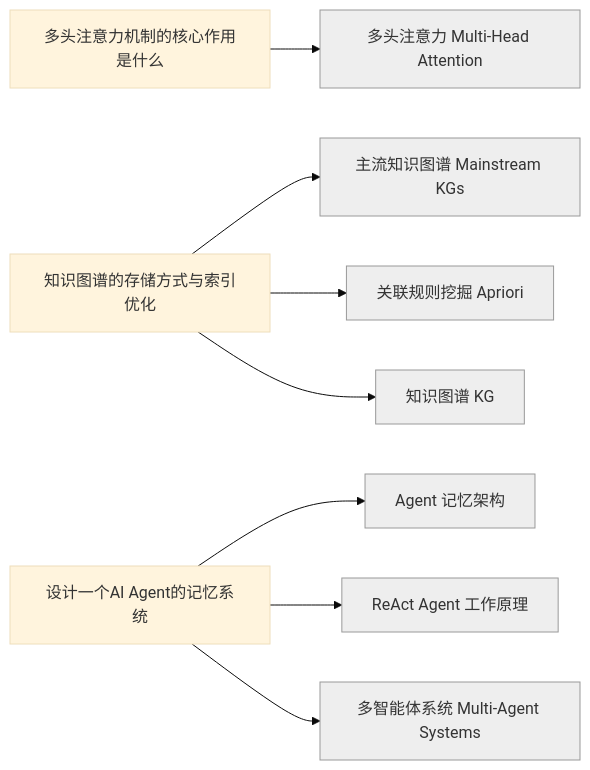
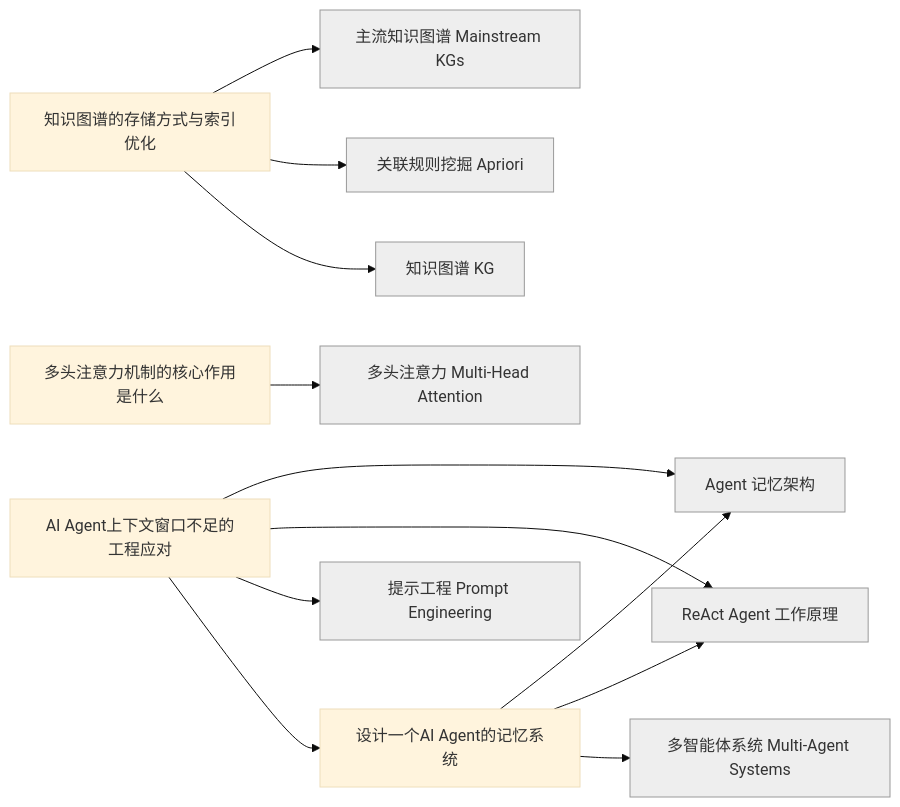
The diagram in interview-graph.md (codingfeng-fufu/radar-loom), drawn with Mermaid (base theme) before and after one commit. The commit also changed other lines of this file and 7 other files, not shown here.

````diff
--- a/interview-graph.md
+++ b/interview-graph.md
@@ -5,21 +5,27 @@
 ```mermaid
 graph LR
+    AI_Agent上下文窗口不足的工程应对["AI Agent上下文窗口不足的工程应对"]
     Agent_记忆架构["Agent 记忆架构"]:::ext
     ReAct_Agent_工作原理["ReAct Agent 工作原理"]:::ext
     主流知识图谱_Mainstream_KGs["主流知识图谱 Mainstream KGs"]:::ext
     关联规则挖掘_Apriori["关联规则挖掘 Apriori"]:::ext
     多头注意力_Multi_Head_Attention["多头注意力 Multi-Head Attention"]:::ext
     多头注意力机制的核心作用是什么["多头注意力机制的核心作用是什么"]
     多智能体系统_Multi_Agent_Systems["多智能体系统 Multi-Agent Systems"]:::ext
+    提示工程_Prompt_Engineering["提示工程 Prompt Engineering"]:::ext
     知识图谱_KG["知识图谱 KG"]:::ext
     知识图谱的存储方式与索引优化["知识图谱的存储方式与索引优化"]
     设计一个AI_Agent的记忆系统["设计一个AI Agent的记忆系统"]
+    AI_Agent上下文窗口不足的工程应对 --> Agent_记忆架构
+    AI_Agent上下文窗口不足的工程应对 --> ReAct_Agent_工作原理
+    AI_Agent上下文窗口不足的工程应对 --> 提示工程_Prompt_Engineering
+    AI_Agent上下文窗口不足的工程应对 --> 设计一个AI_Agent的记忆系统
     多头注意力机制的核心作用是什么 --> 多头注意力_Multi_Head_Attention
     知识图谱的存储方式与索引优化 --> 主流知识图谱_Mainstream_KGs
     知识图谱的存储方式与索引优化 --> 关联规则挖掘_Apriori
     知识图谱的存储方式与索引优化 --> 知识图谱_KG
     设计一个AI_Agent的记忆系统 --> Agent_记忆架构
     设计一个AI_Agent的记忆系统 --> ReAct_Agent_工作原理
     设计一个AI_Agent的记忆系统 --> 多智能体系统_Multi_Agent_Systems
     classDef ext fill:#eee,stroke:#999;
 ```
````
